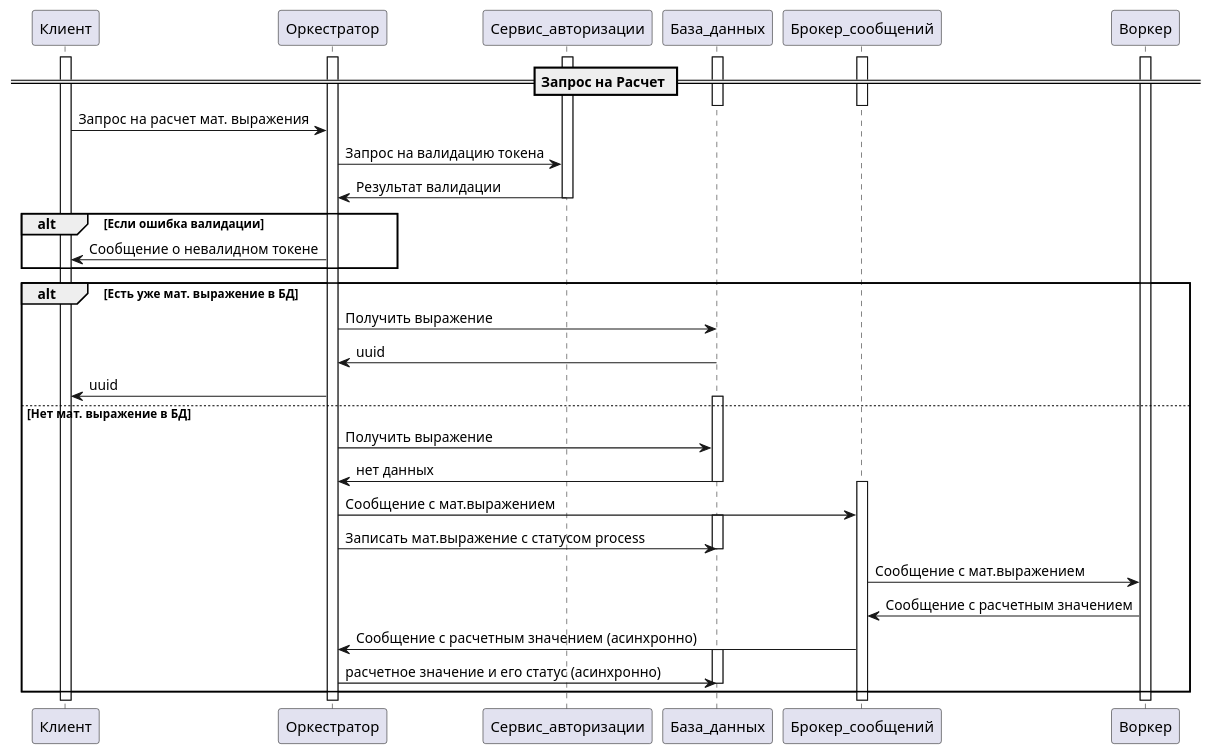
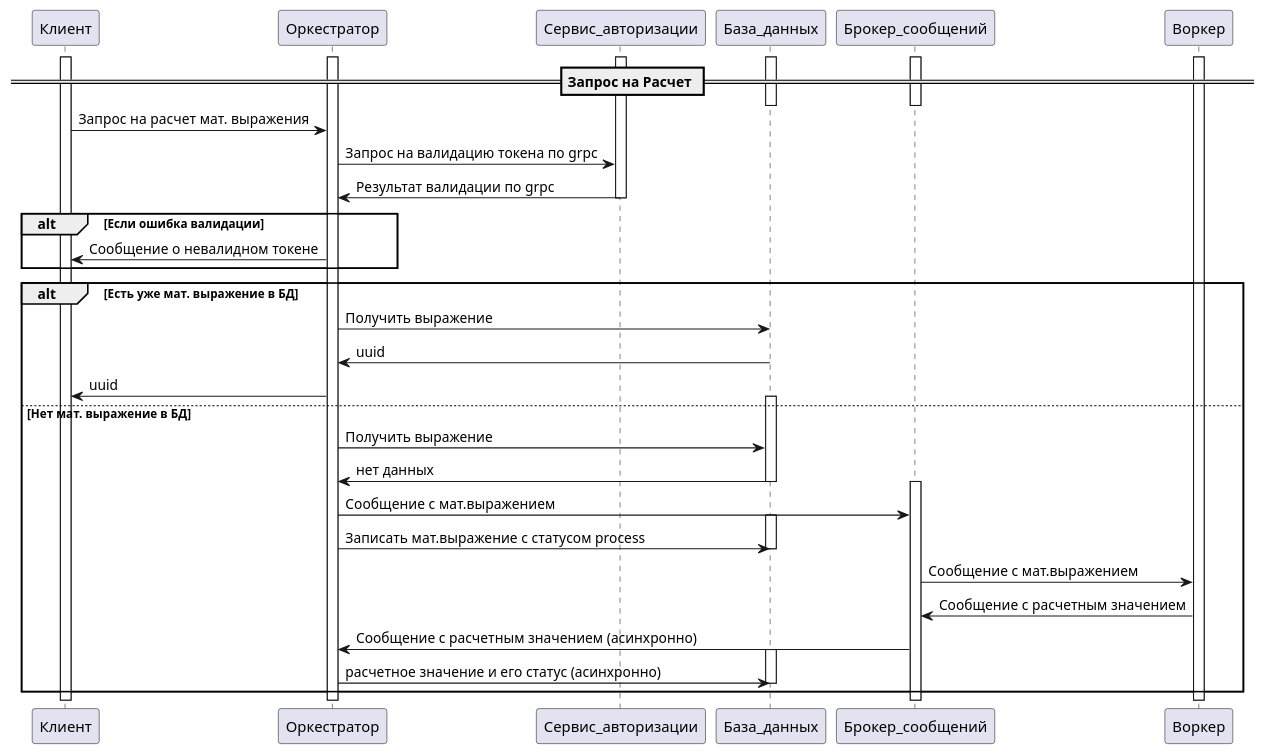
Before and after one commit to AlexBlackNn/distributed_calculator: the diagram in docs/SequenceDiagram_post_expression.puml, drawn with PlantUML. The commit also changed 1 other file, not shown here.

```diff
--- a/docs/SequenceDiagram_post_expression.puml
+++ b/docs/SequenceDiagram_post_expression.puml
@@ -1,47 +1,47 @@
 @startuml
 !pragma layout smetana
 == Запрос на Расчет ==
 activate Клиент
 activate Оркестратор
 activate Сервис_авторизации
 activate База_данных
 activate Брокер_сообщений
 deactivate Брокер_сообщений
 activate Воркер
 deactivate База_данных
 Клиент -> Оркестратор: Запрос на расчет мат. выражения
-Оркестратор -> Сервис_авторизации: Запрос на валидацию токена
-Оркестратор <- Сервис_авторизации: Результат валидации
+Оркестратор -> Сервис_авторизации: Запрос на валидацию токена по grpc
+Оркестратор <- Сервис_авторизации: Результат валидации по grpc
 deactivate Сервис_авторизации
 alt Если ошибка валидации
     Оркестратор -> Клиент: Сообщение о невалидном токене
 end
 alt Есть уже мат. выражение в БД
     activate База_данных
     Оркестратор -> База_данных: Получить выражение
     База_данных -> Оркестратор: uuid
     deactivate База_данных
     Оркестратор -> Клиент: uuid
 else Нет мат. выражение в БД
      activate База_данных
      Оркестратор -> База_данных: Получить выражение
      База_данных -> Оркестратор: нет данных
      deactivate База_данных
      activate Брокер_сообщений
      Оркестратор -> Брокер_сообщений: Сообщение с мат.выражением
      activate База_данных
      Оркестратор -> База_данных: Записать мат.выражение с статусом process
      deactivate База_данных
     Брокер_сообщений -> Воркер: Сообщение с мат.выражением
     Воркер -> Брокер_сообщений: Сообщение с расчетным значением
     Брокер_сообщений -> Оркестратор: Сообщение с расчетным значением (асинхронно)
     activate База_данных
     Оркестратор -> База_данных: расчетное значение и его статус (асинхронно)
     deactivate База_данных
 end
 
 
 
 
 
 @enduml
```
